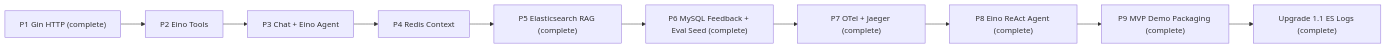
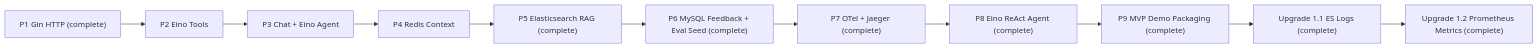
One commit to jiawei-wang-dev/WatchOps-Lite changed the diagram in docs/ROADMAP.md. Above: the diagram before and after it, drawn with Mermaid. The commit also changed other lines of this file and 34 other files, not shown here.

Commit message:
add Prometheus-backed metrics tool

````diff
--- a/docs/ROADMAP.md
+++ b/docs/ROADMAP.md
@@ -226,12 +248,13 @@
 ```mermaid
 flowchart LR
     P1["P1 Gin HTTP (complete)"] --> P2["P2 Eino Tools"]
     P2 --> P3["P3 Chat + Eino Agent"]
     P3 --> P4["P4 Redis Context"]
     P4 --> P5["P5 Elasticsearch RAG (complete)"]
     P5 --> P6["P6 MySQL Feedback + Eval Seed (complete)"]
     P6 --> P7["P7 OTel + Jaeger (complete)"]
     P7 --> P8["P8 Eino ReAct Agent (complete)"]
     P8 --> P9["P9 MVP Demo Packaging (complete)"]
     P9 --> U11["Upgrade 1.1 ES Logs (complete)"]
+    U11 --> U12["Upgrade 1.2 Prometheus Metrics (complete)"]
 ```
````
